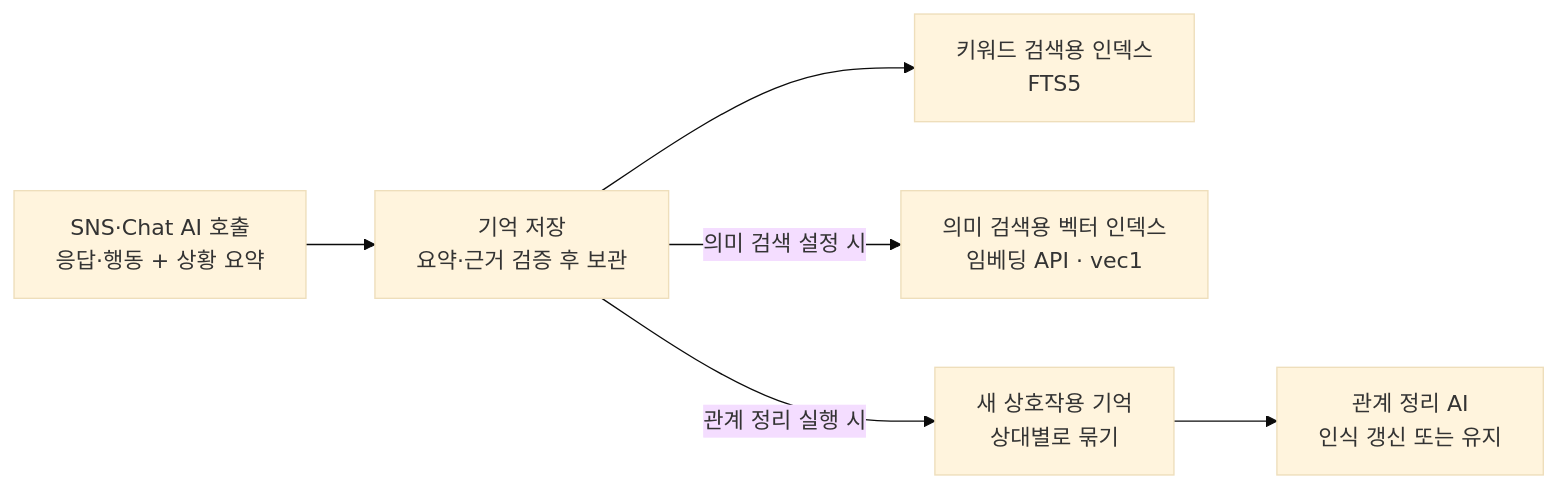
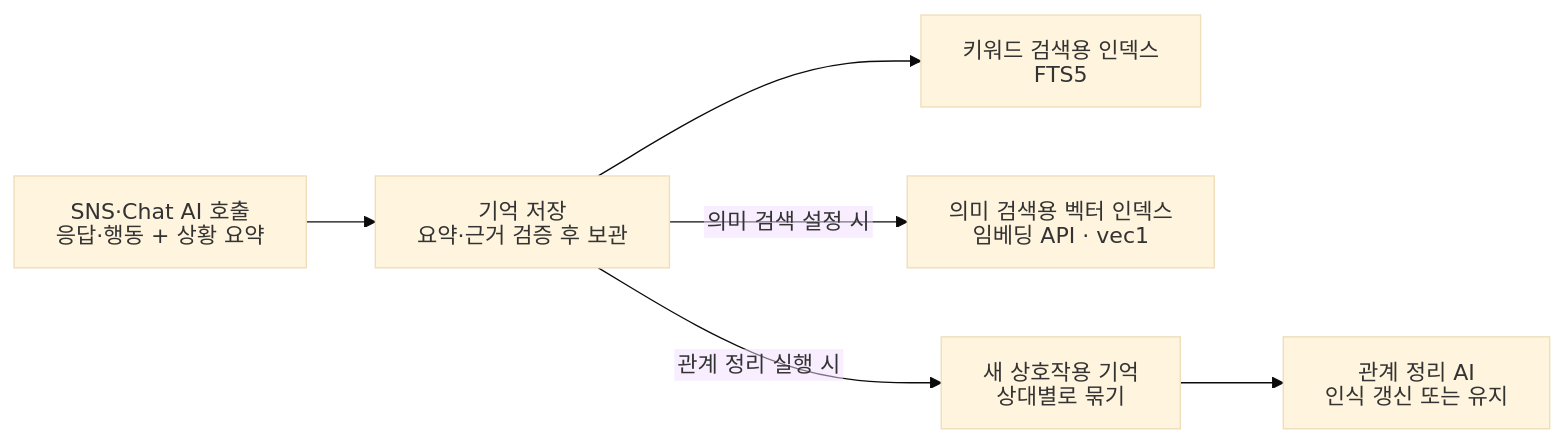
The third of 3 diagrams in README.ko.md (angmoo-tree/angmoo), drawn with Mermaid (base theme) before and after one commit. The commit also changed other lines of this file and 1 other file, not shown here.

Commit message:
docs: fix README diagram labels and screenshot alignment

````diff
--- a/README.ko.md
+++ b/README.ko.md
@@ -348,15 +384,21 @@
 ```mermaid
+---
+config:
+  htmlLabels: false
+  flowchart:
+    htmlLabels: false
+---
 flowchart LR
     A["SNS·Chat AI 호출<br/>응답·행동 + 상황 요약"]
     B["기억 저장<br/>요약·근거 검증 후 보관"]
     C["키워드 검색용 인덱스<br/>FTS5"]
     D["의미 검색용 벡터 인덱스<br/>임베딩 API · vec1"]
     E["새 상호작용 기억<br/>상대별로 묶기"]
     F["관계 정리 AI<br/>인식 갱신 또는 유지"]
 
     A --> B
     B --> C
     B -->|"의미 검색 설정 시"| D
     B -->|"관계 정리 실행 시"| E
     E --> F
 ```
````
